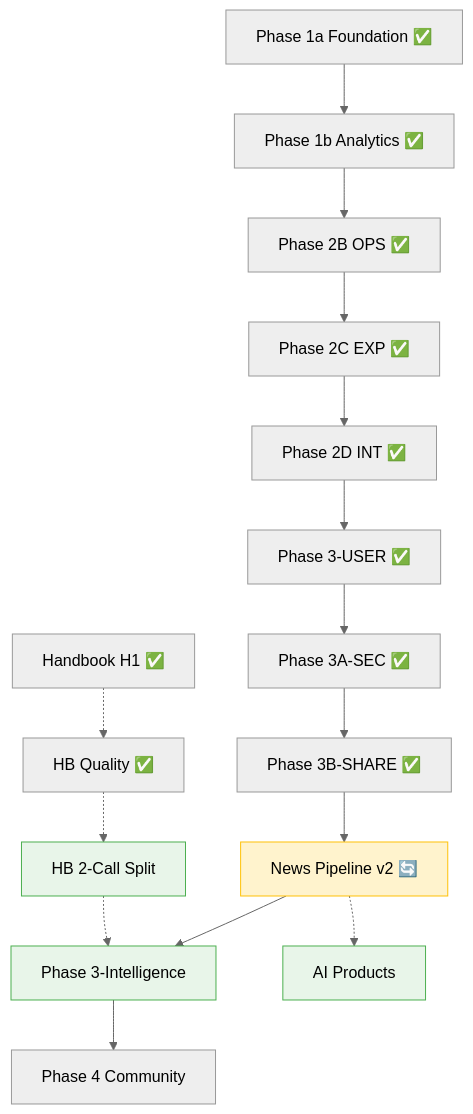
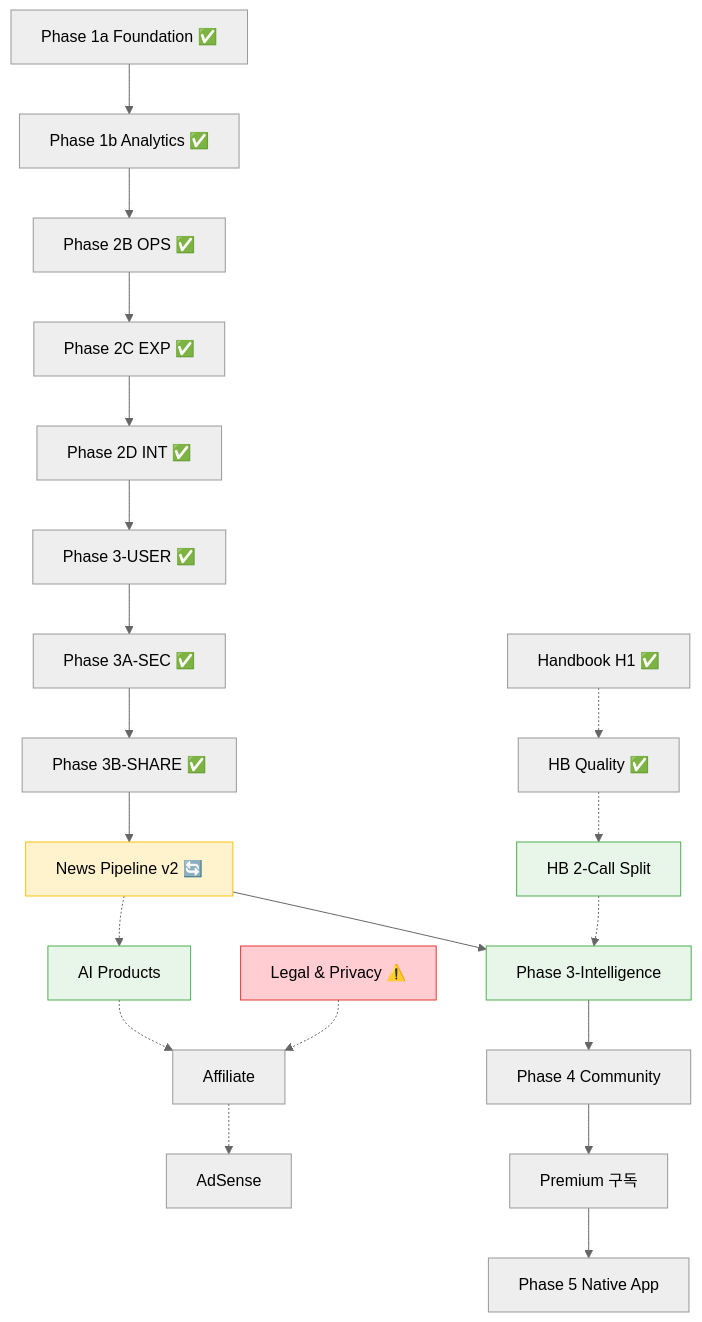
The diagram in vault/09-Implementation/Implementation-Plan.md (x0to1log/0to1log), drawn with Mermaid (neutral theme) before and after one commit. The commit also changed 28 other files, not shown here.

````diff
--- a/vault/09-Implementation/Implementation-Plan.md
+++ b/vault/09-Implementation/Implementation-Plan.md
@@ -40,24 +40,31 @@
 ```mermaid
 flowchart TD
   P1A[Phase 1a Foundation ✅] --> P1B[Phase 1b Analytics ✅]
   P1B --> P2B[Phase 2B OPS ✅]
   P2B --> P2C[Phase 2C EXP ✅]
   P2C --> P2D[Phase 2D INT ✅]
   P2D --> P3U[Phase 3-USER ✅]
   P3U --> P3SEC[Phase 3A-SEC ✅]
   P3SEC --> P3SHARE[Phase 3B-SHARE ✅]
   P3SHARE --> NP2[News Pipeline v2 🔄]
   NP2 --> P3I[Phase 3-Intelligence]
 
   H1[Handbook H1 ✅] -.-> HQ[HB Quality ✅]
   HQ -.-> HB2[HB 2-Call Split]
   HB2 -.-> P3I
 
   NP2 -.-> AIP[AI Products]
+  AIP -.-> AFF[Affiliate]
+  AFF -.-> ADS[AdSense]
   P3I --> P4[Phase 4 Community]
+  P4 --> PREM[Premium 구독]
+  PREM --> P5[Phase 5 Native App]
+
+  LEGAL[Legal & Privacy ⚠️] -.-> AFF
 
   style NP2 fill:#fff3cd,stroke:#ffc107
   style P3I fill:#e8f5e9,stroke:#4caf50
   style HB2 fill:#e8f5e9,stroke:#4caf50
   style AIP fill:#e8f5e9,stroke:#4caf50
+  style LEGAL fill:#ffcdd2,stroke:#e53935
 ```
````
